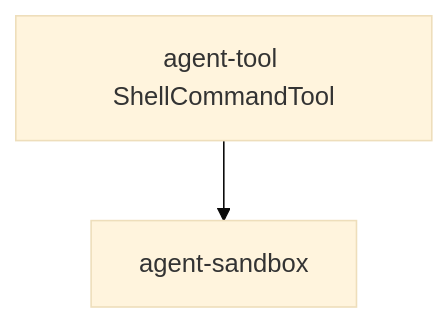
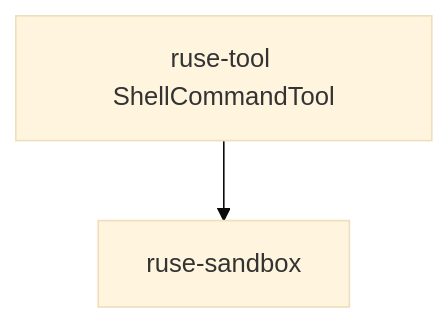
The diagram in docs/specs/M03-03-shell-tool.spec.md (poneding/agent), drawn with Mermaid (base theme) before and after one commit. The commit also changed other lines of this file and 2091 other files, not shown here.

First line of the commit message:
refactor: rename agent branding to ruse

````diff
--- a/docs/specs/M03-03-shell-tool.spec.md
+++ b/docs/specs/M03-03-shell-tool.spec.md
@@ -30,4 +30,4 @@
 ```mermaid
 flowchart TD
-  agent_tool["agent-tool ShellCommandTool"] --> agent_sandbox["agent-sandbox"]
+  ruse_tool["ruse-tool ShellCommandTool"] --> ruse_sandbox["ruse-sandbox"]
 ```
````
